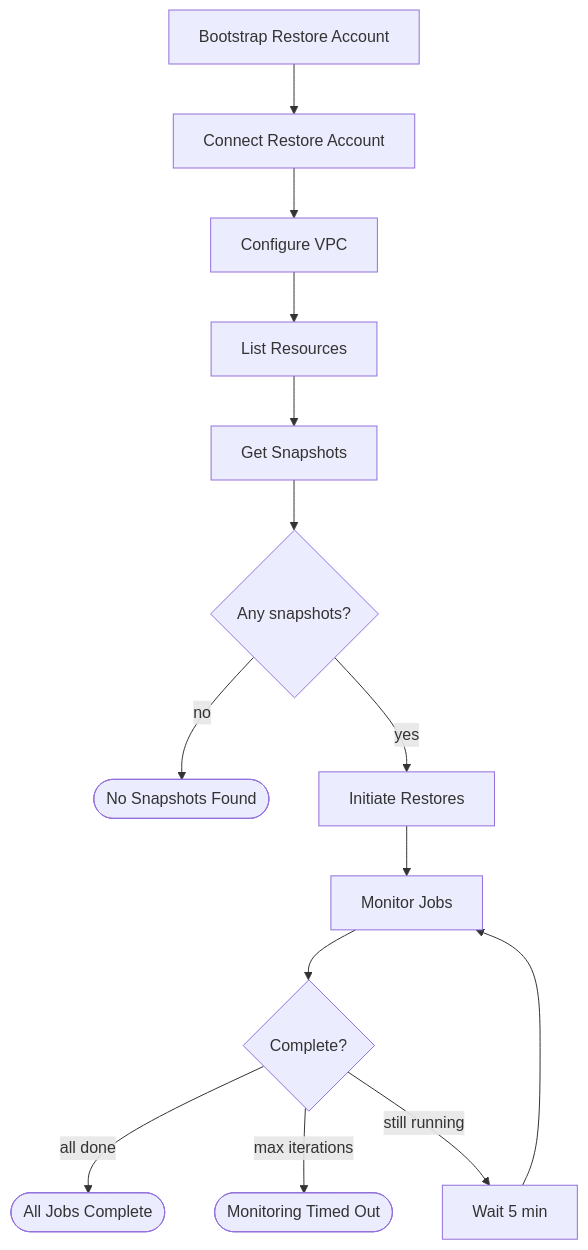
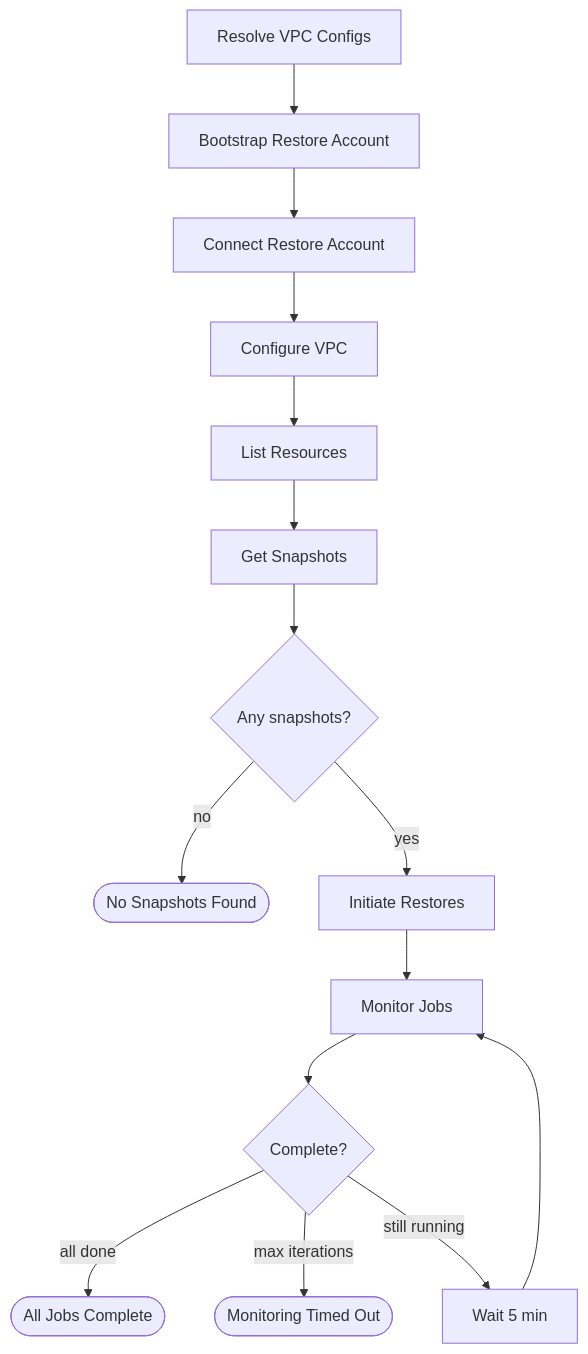
One commit to chikin-4x/eon-bulk-recovery changed the diagram in README.md. Above: the diagram before and after it, drawn with Mermaid. The commit also changed other lines of this file and 10 other files, not shown here.

````diff
--- a/README.md
+++ b/README.md
@@ -8,15 +8,16 @@
 ```mermaid
 flowchart TD
-    A[Bootstrap Restore Account] --> B[Connect Restore Account]
+    R[Resolve VPC Configs] --> A[Bootstrap Restore Account]
+    A --> B[Connect Restore Account]
     B --> C[Configure VPC]
     C --> D[List Resources]
     D --> E[Get Snapshots]
     E --> F{Any snapshots?}
     F -- no --> G([No Snapshots Found])
     F -- yes --> H[Initiate Restores]
     H --> I[Monitor Jobs]
     I --> J{Complete?}
     J -- all done --> K([All Jobs Complete])
     J -- max iterations --> L([Monitoring Timed Out])
     J -- still running --> M[Wait 5 min] --> I
 ```
````
